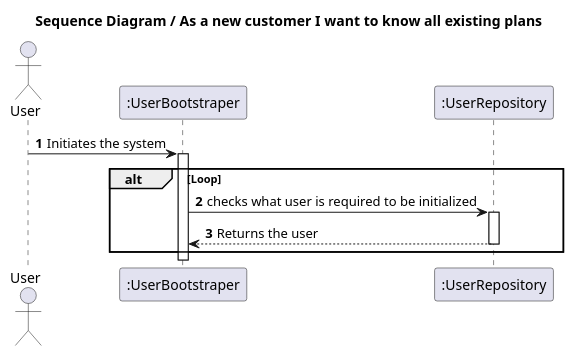
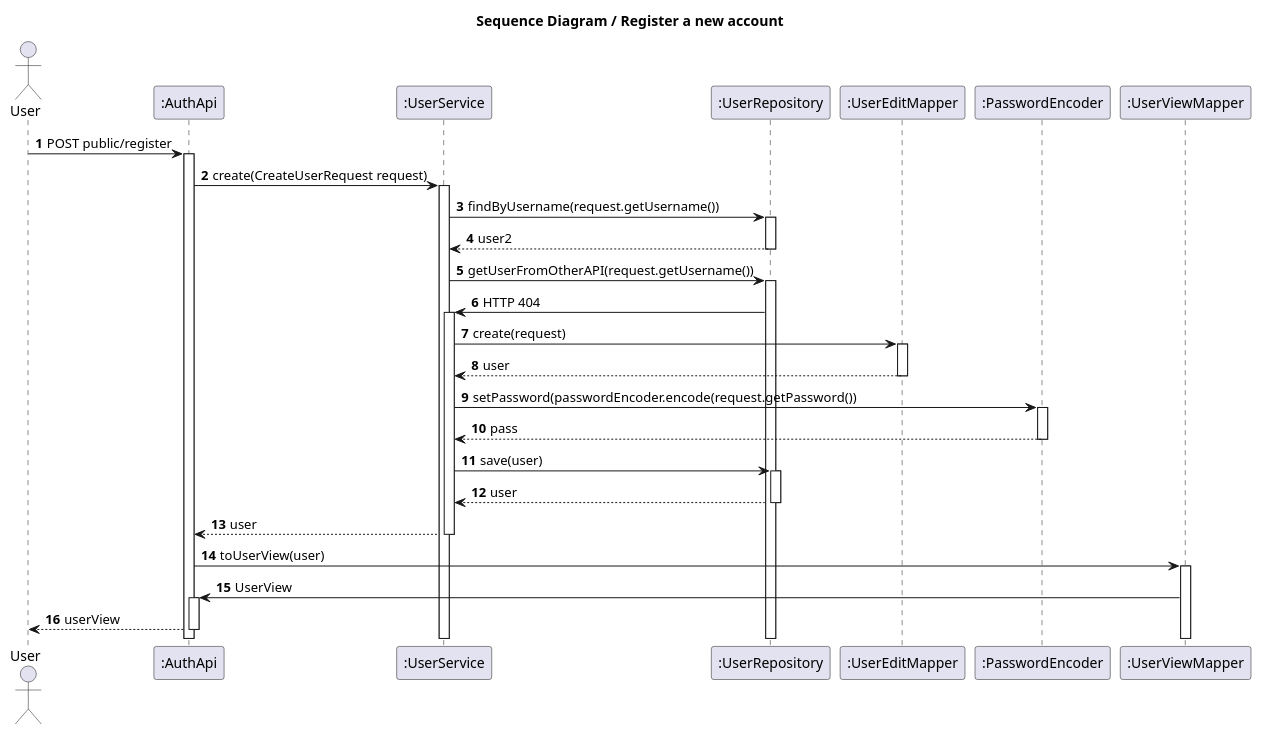
One commit to IsepMartimOliveira/SIDIS changed the diagram in docs_sidis/Users/US02/SD.puml. Above: the diagram before and after it, drawn with PlantUML. The commit also changed 5 other files, not shown here.

```diff
--- a/docs_sidis/Users/US02/SD.puml
+++ b/docs_sidis/Users/US02/SD.puml
@@ -1,24 +1,41 @@
 @startuml
 'https://plantuml.com/sequence-diagram
 autoactivate on
 autonumber
-title  Sequence Diagram / As a new customer I want to know all existing plans
+title  Sequence Diagram / Register a new account
 
 autonumber
 
 actor "User" as Ac
-participant ":UserBootstraper" as Ctrl
+participant ":AuthApi" as Auth
+participant ":UserService" as Serv
+participant ":UserRepository" as Repo
+participant ":UserEditMapper" as Mapper
+participant ":PasswordEncoder" as Pass
+participant ":UserViewMapper" as View
 
-participant ":UserRepository" as Repo
+Ac->Auth:POST public/register
+Auth->Serv:create(CreateUserRequest request)
+Serv->Repo:findByUsername(request.getUsername())
+Repo-->Serv:user2
+Serv->Repo:getUserFromOtherAPI(request.getUsername())
+Repo->Serv:HTTP 404
+Serv->Mapper:create(request)
+Mapper-->Serv:user
+Serv->Pass:setPassword(passwordEncoder.encode(request.getPassword())
+Pass-->Serv:pass
+Serv->Repo:save(user)
+Repo-->Serv:user
+Serv-->Auth:user
+Auth->View:toUserView(user)
+View->Auth:UserView
+Auth-->Ac:userView
 
-Ac->Ctrl:Initiates the system
-alt Loop
-Ctrl->Repo:checks what user is required to be initialized
-Repo-->Ctrl:Returns the user
-end
+
+
 
 
 
 
 
 @enduml
```
